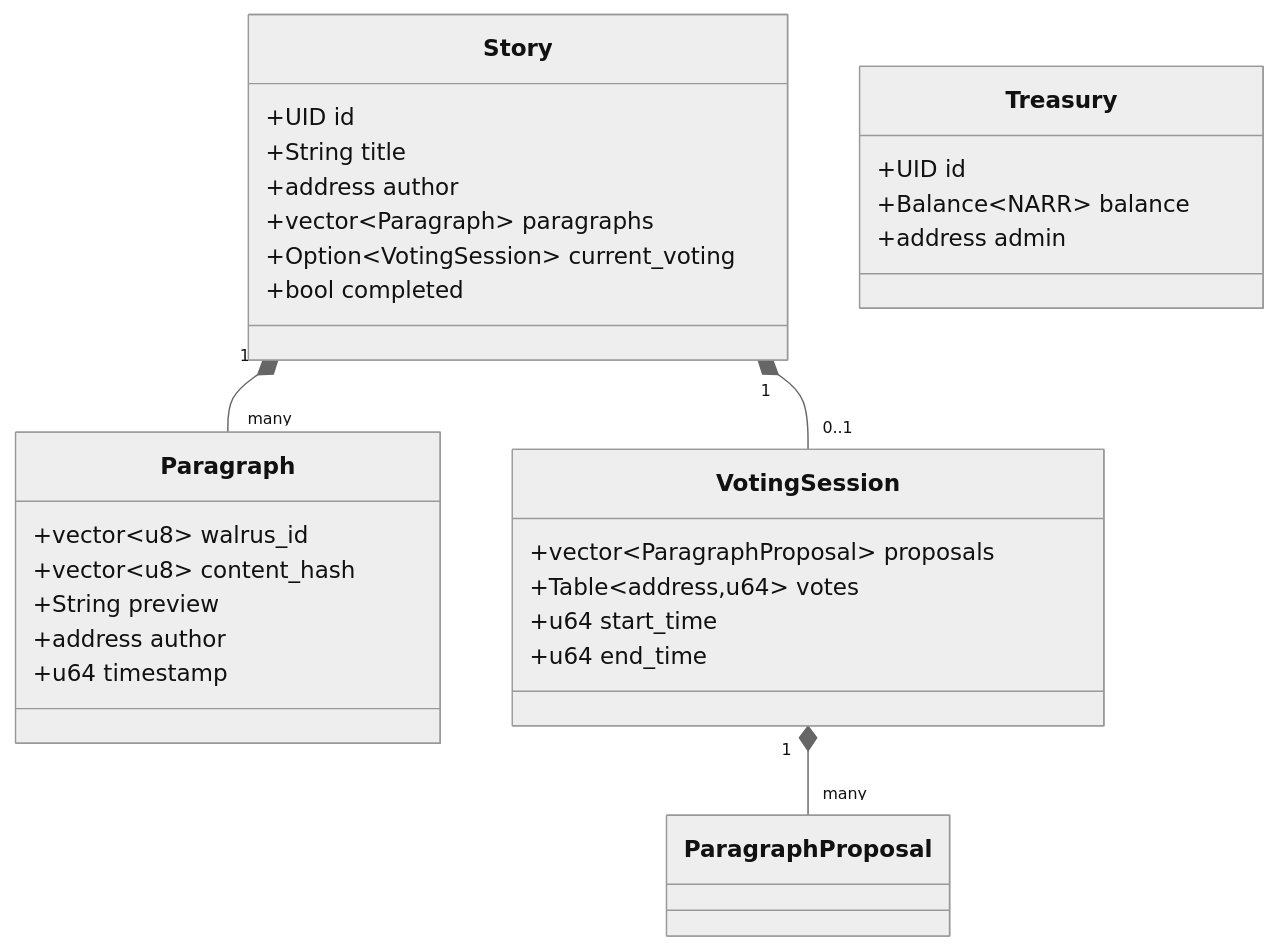
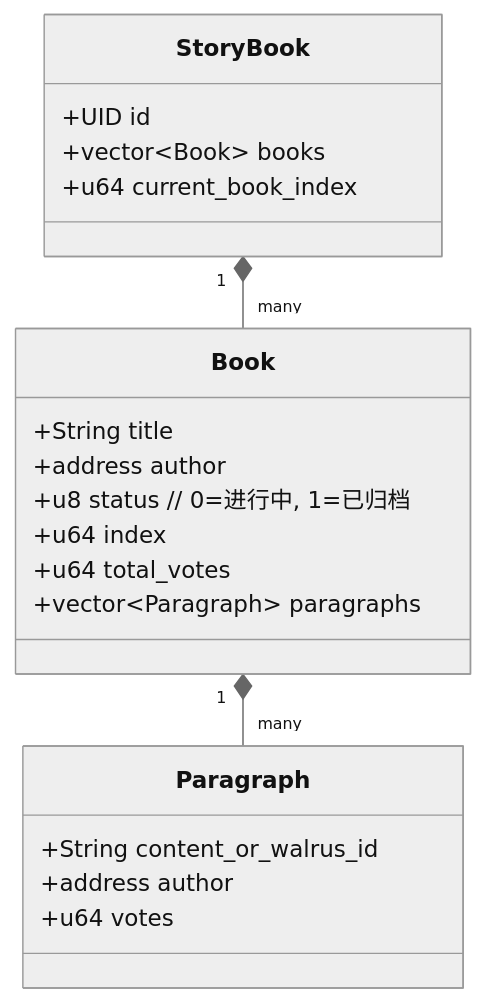
The sixth of 11 diagrams in demonstrate.md (DudeGuuud/NarrFlow-Web3), drawn with Mermaid (neutral theme) before and after one commit. The commit also changed other lines of this file and 21 other files, not shown here.

````diff
--- a/demonstrate.md
+++ b/demonstrate.md
@@ -166,36 +166,23 @@
 ```mermaid
 classDiagram
-    class Story {
+    class StoryBook {
         +UID id
+        +vector~Book~ books
+        +u64 current_book_index
+    }
+    class Book {
         +String title
         +address author
+        +u8 status // 0=进行中, 1=已归档
+        +u64 index
+        +u64 total_votes
         +vector~Paragraph~ paragraphs
-        +Option~VotingSession~ current_voting
-        +bool completed
     }
-    
     class Paragraph {
-        +vector~u8~ walrus_id
-        +vector~u8~ content_hash
-        +String preview
+        +String content_or_walrus_id
         +address author
-        +u64 timestamp
+        +u64 votes
     }
-    
-    class VotingSession {
-        +vector~ParagraphProposal~ proposals
-        +Table~address,u64~ votes
-        +u64 start_time
-        +u64 end_time
-    }
-    
-    class Treasury {
-        +UID id
-        +Balance~NARR~ balance
-        +address admin
-    }
-    
-    Story "1" *-- "many" Paragraph
-    Story "1" *-- "0..1" VotingSession
-    VotingSession "1" *-- "many" ParagraphProposal
+    StoryBook "1" *-- "many" Book
+    Book "1" *-- "many" Paragraph
 ```
````
